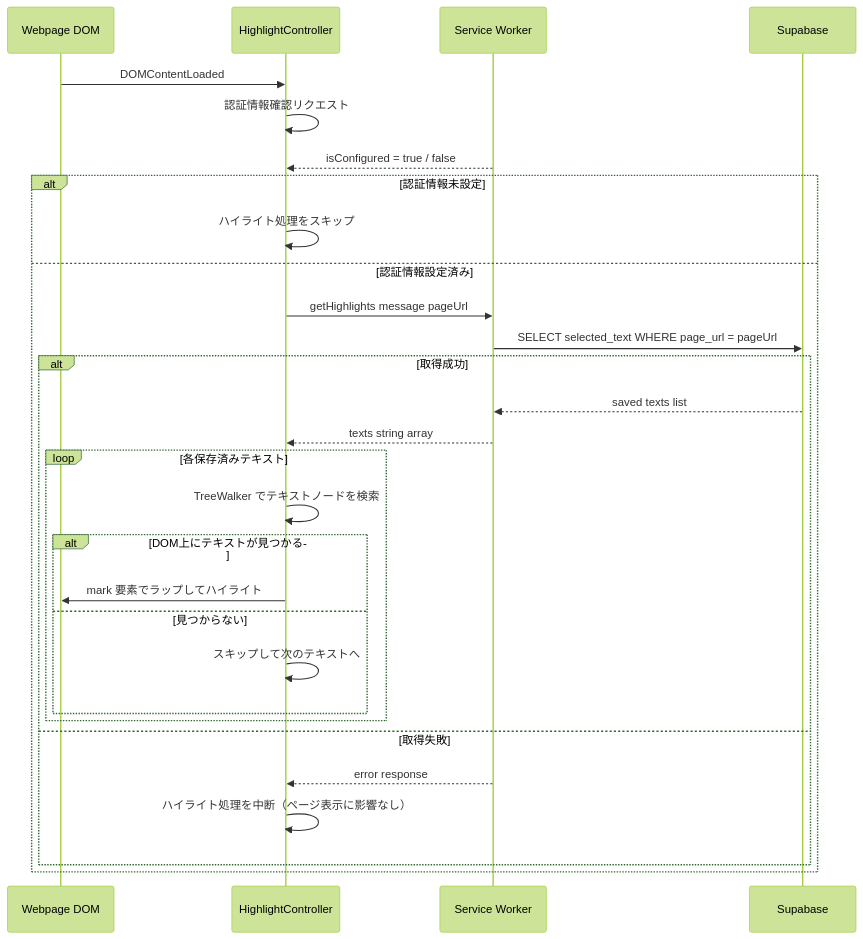
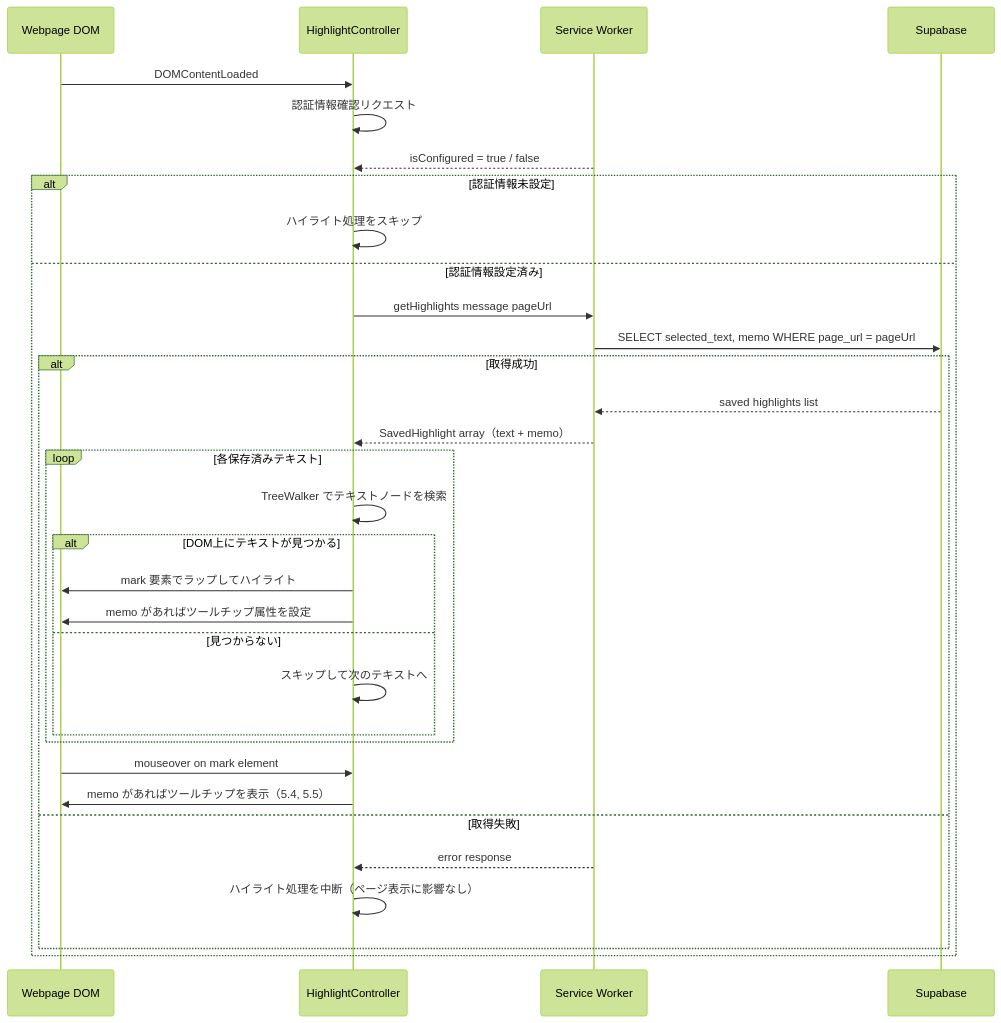
One commit to ryu-sato/reading-web-supporter changed the third of 3 diagrams in .kiro/specs/reading-support/design.md. Above: the diagram before and after it, drawn with Mermaid (forest theme). The commit also changed other lines of this file and 2 other files, not shown here.

First line of the commit message:
feat: Add memo functionality to reading support

````diff
--- a/.kiro/specs/reading-support/design.md
+++ b/.kiro/specs/reading-support/design.md
@@ -228,34 +255,37 @@
 ```mermaid
 sequenceDiagram
     participant Page as Webpage DOM
     participant HC as HighlightController
     participant SW as Service Worker
     participant SB as Supabase
 
     Page->>HC: DOMContentLoaded
     HC->>HC: 認証情報確認リクエスト
     SW-->>HC: isConfigured = true / false
 
     alt 認証情報未設定
         HC->>HC: ハイライト処理をスキップ
     else 認証情報設定済み
         HC->>SW: getHighlights message pageUrl
-        SW->>SB: SELECT selected_text WHERE page_url = pageUrl
+        SW->>SB: SELECT selected_text, memo WHERE page_url = pageUrl
 
         alt 取得成功
-            SB-->>SW: saved texts list
-            SW-->>HC: texts string array
+            SB-->>SW: saved highlights list
+            SW-->>HC: SavedHighlight array（text + memo）
             loop 各保存済みテキスト
                 HC->>HC: TreeWalker でテキストノードを検索
                 alt DOM上にテキストが見つかる
                     HC->>Page: mark 要素でラップしてハイライト
+                    HC->>Page: memo があればツールチップ属性を設定
                 else 見つからない
                     HC->>HC: スキップして次のテキストへ
                 end
             end
+            Page->>HC: mouseover on mark element
+            HC->>Page: memo があればツールチップを表示（5.4, 5.5）
         else 取得失敗
             SW-->>HC: error response
             HC->>HC: ハイライト処理を中断（ページ表示に影響なし）
         end
     end
 ```
````
